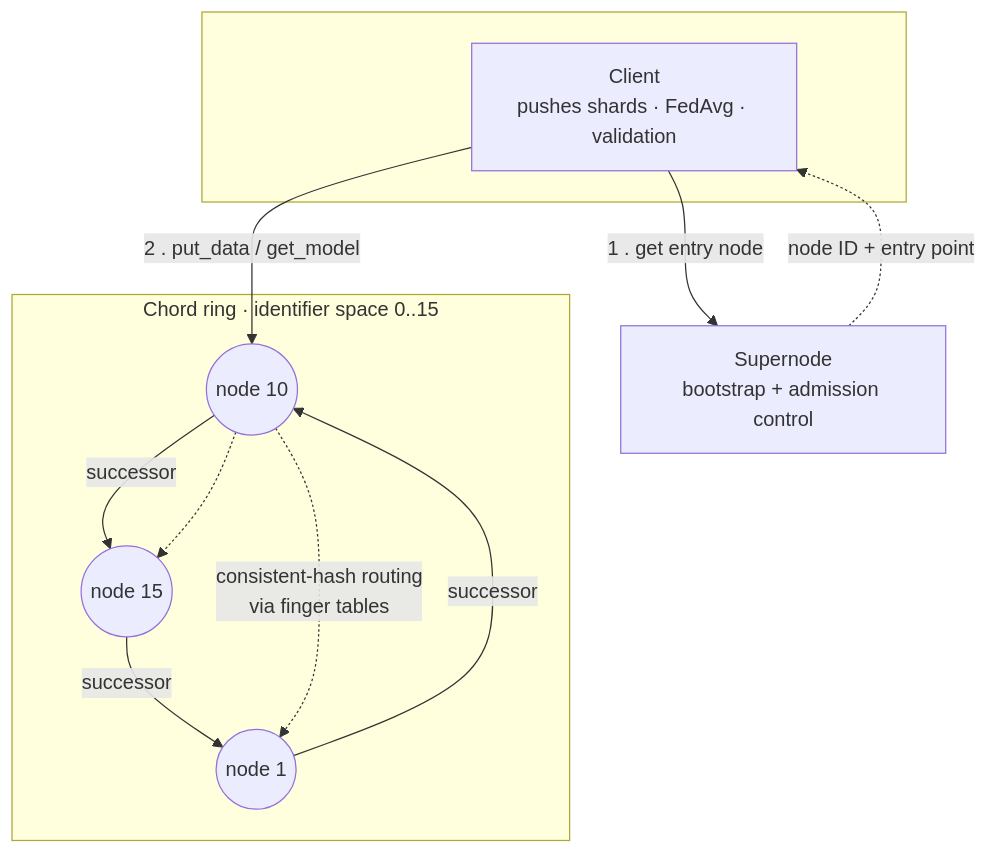
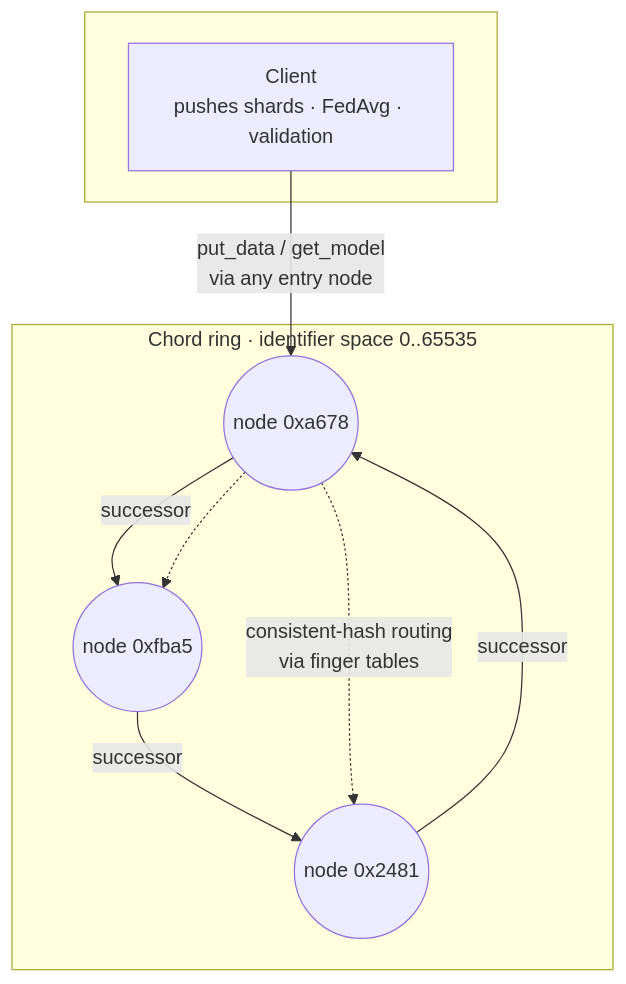
Before and after one commit to Nob1K/ChordFederatedLearning: the diagram in README.md, drawn with Mermaid. The commit also changed other lines of this file and 12 other files, not shown here.

````diff
--- a/README.md
+++ b/README.md
@@ -16,21 +16,17 @@
 ```mermaid
 flowchart TB
     subgraph client_side [ ]
         C[Client<br/>pushes shards · FedAvg · validation]
     end
 
-    S[Supernode<br/>bootstrap + admission control]
-
-    subgraph ring [Chord ring · identifier space 0..15]
-        N0((node 1))
-        N1((node 10))
-        N2((node 15))
+    subgraph ring [Chord ring · identifier space 0..65535]
+        N0((node 0x2481))
+        N1((node 0xa678))
+        N2((node 0xfba5))
         N0 -->|successor| N1 -->|successor| N2 -->|successor| N0
     end
 
-    C -->|1 . get entry node| S
-    S -.->|node ID + entry point| C
-    C -->|2 . put_data / get_model| N1
+    C -->|put_data / get_model<br/>via any entry node| N1
     N1 -.->|consistent-hash routing<br/>via finger tables| N0
     N1 -.-> N2
 ```
````
